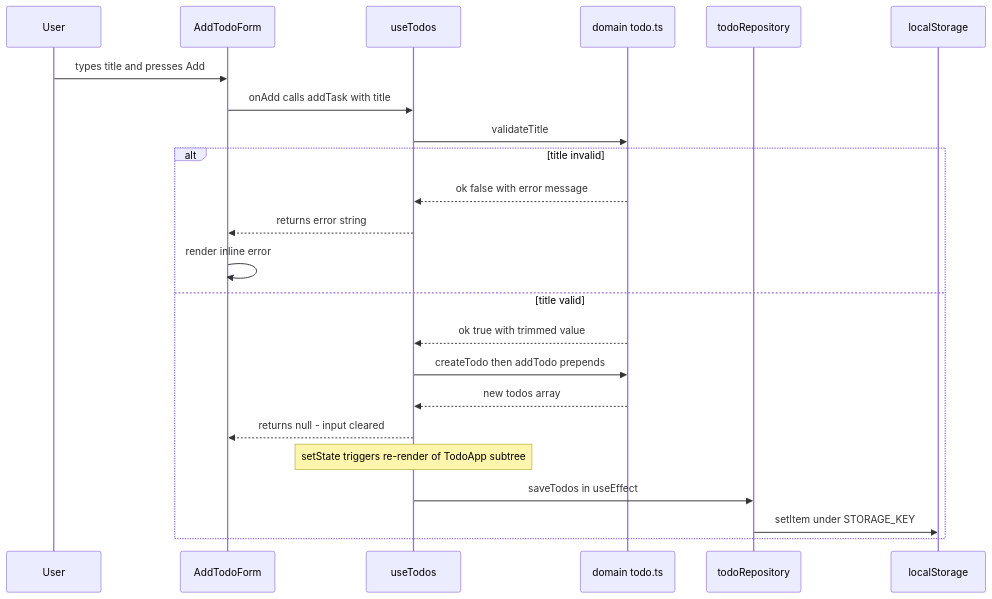
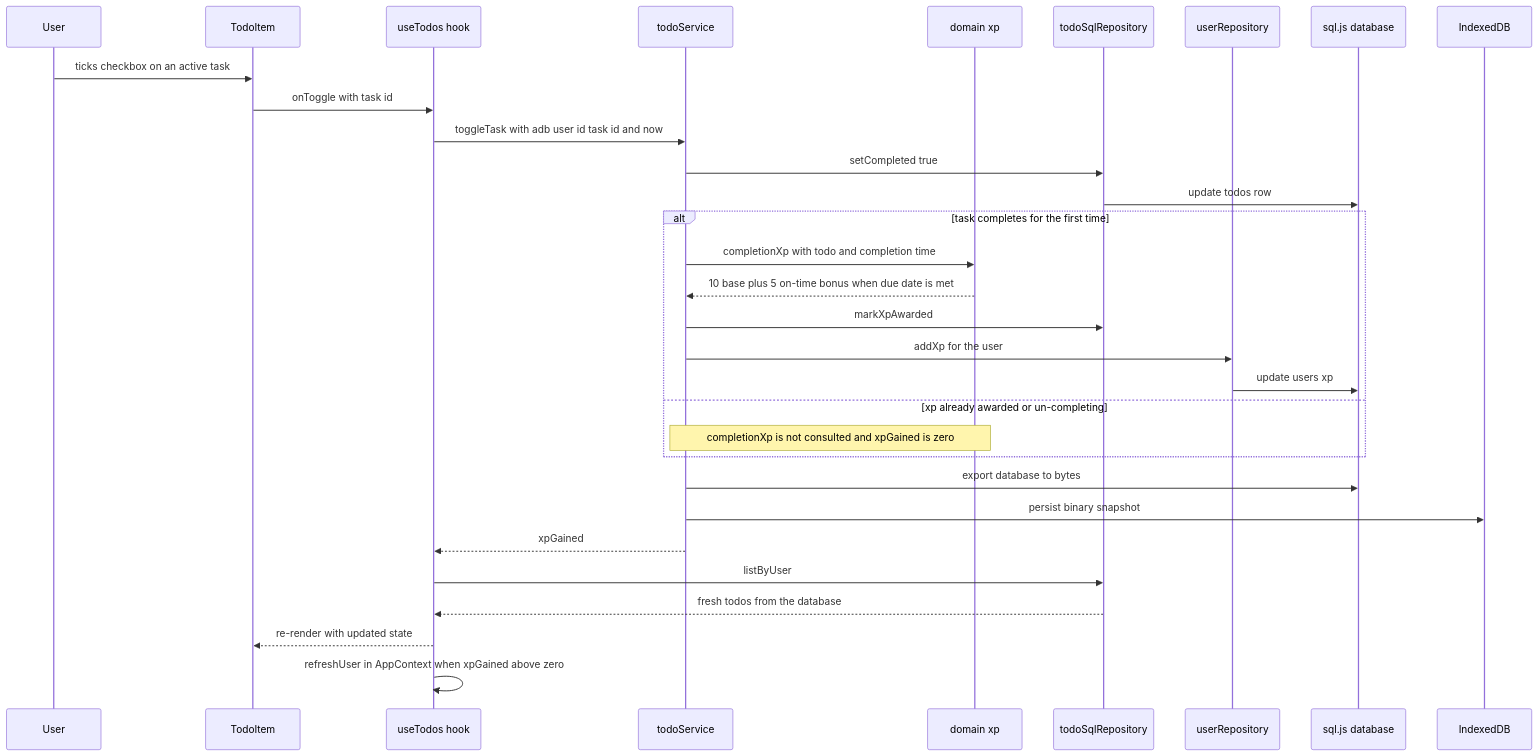
Before and after one commit to Kopi-O-Kosong-Beng/ShopBack_AI-Assisted-App: the second of 2 diagrams in specs/04-component-architecture.md, drawn with Mermaid. The commit also changed other lines of this file and 6 other files, not shown here.

````diff
--- a/specs/04-component-architecture.md
+++ b/specs/04-component-architecture.md
@@ -104,26 +183,34 @@
 ```mermaid
 sequenceDiagram
     participant U as User
-    participant AF as AddTodoForm
-    participant H as useTodos
-    participant D as domain todo.ts
-    participant R as todoRepository
-    participant LS as localStorage
+    participant TI as TodoItem
+    participant H as useTodos hook
+    participant S as todoService
+    participant X as domain xp
+    participant TR as todoSqlRepository
+    participant UR as userRepository
+    participant DB as sql.js database
+    participant IDB as IndexedDB
 
-    U->>AF: types title and presses Add
-    AF->>H: onAdd calls addTask with title
-    H->>D: validateTitle
-    alt title invalid
-        D-->>H: ok false with error message
-        H-->>AF: returns error string
-        AF->>AF: render inline error
-    else title valid
-        D-->>H: ok true with trimmed value
-        H->>D: createTodo then addTodo prepends
-        D-->>H: new todos array
-        H-->>AF: returns null - input cleared
-        Note over H: setState triggers re-render of TodoApp subtree
-        H->>R: saveTodos in useEffect
-        R->>LS: setItem under STORAGE_KEY
+    U->>TI: ticks checkbox on an active task
+    TI->>H: onToggle with task id
+    H->>S: toggleTask with adb user id task id and now
+    S->>TR: setCompleted true
+    TR->>DB: update todos row
+    alt task completes for the first time
+        S->>X: completionXp with todo and completion time
+        X-->>S: 10 base plus 5 on-time bonus when due date is met
+        S->>TR: markXpAwarded
+        S->>UR: addXp for the user
+        UR->>DB: update users xp
+    else xp already awarded or un-completing
+        Note over S,X: completionXp is not consulted and xpGained is zero
     end
+    S->>DB: export database to bytes
+    S->>IDB: persist binary snapshot
+    S-->>H: xpGained
+    H->>TR: listByUser
+    TR-->>H: fresh todos from the database
+    H-->>TI: re-render with updated state
+    H->>H: refreshUser in AppContext when xpGained above zero
 ```
````
